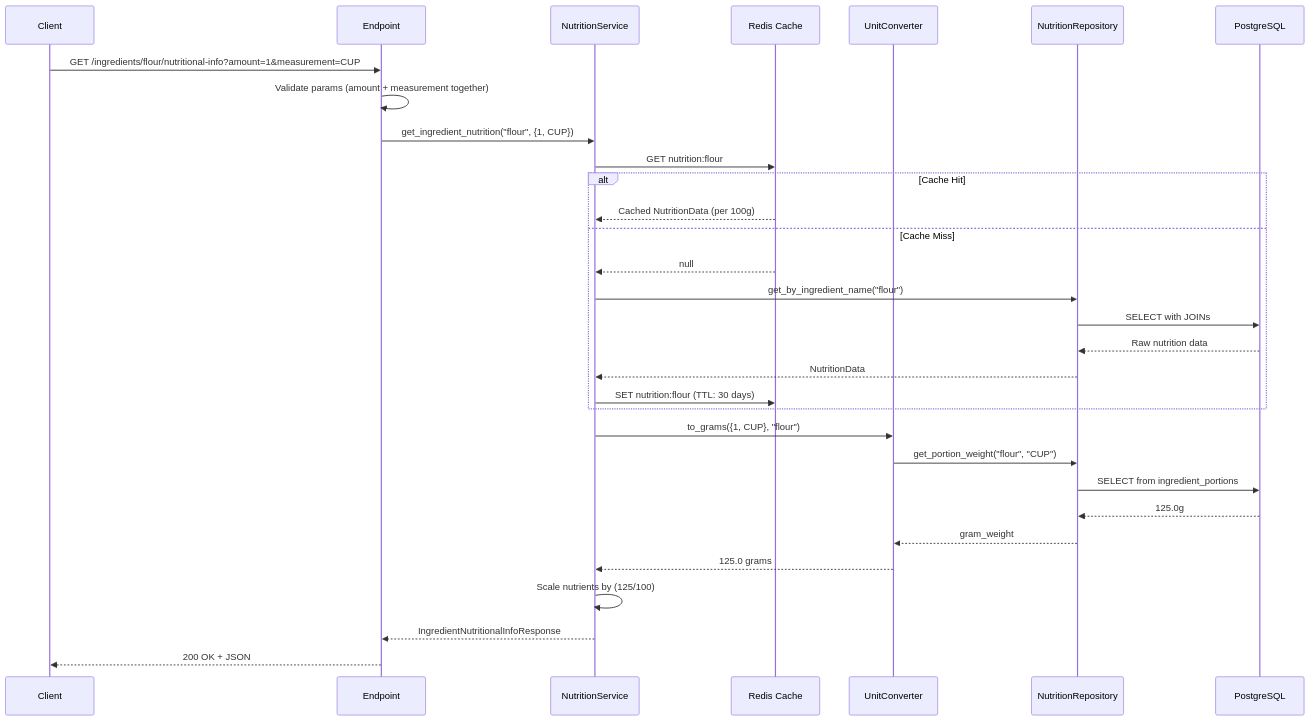
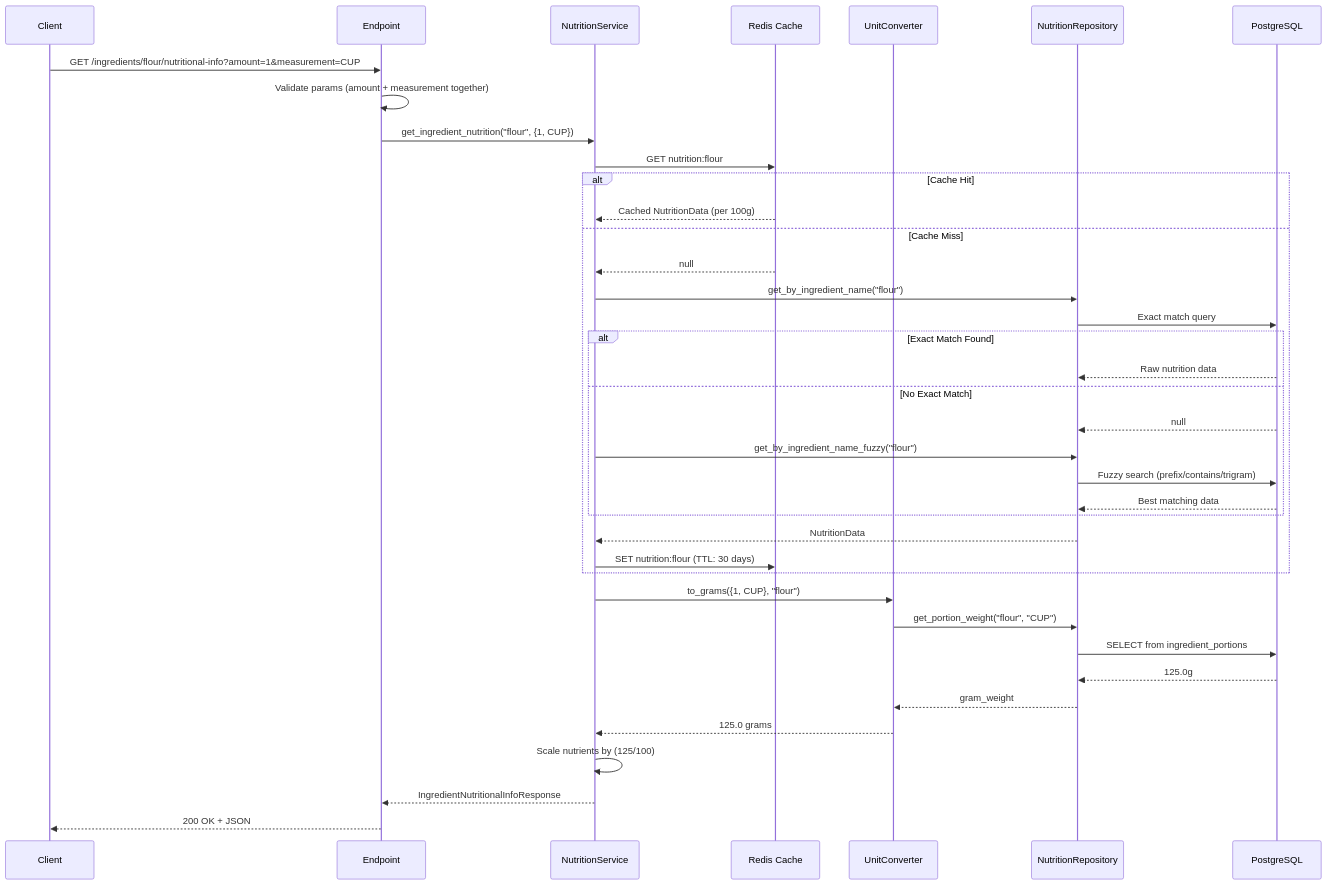
Before and after one commit to Recipe-Web-App/recipe-scraper-service: the second of 7 diagrams in docs/nutritional-info.md, drawn with Mermaid. The commit also changed other lines of this file, not shown here.

First line of the commit message:
docs(nutri-info): add ingredient name matching section

````diff
--- a/docs/nutritional-info.md
+++ b/docs/nutritional-info.md
@@ -148,37 +149,44 @@
 ```mermaid
 sequenceDiagram
     participant C as Client
     participant EP as Endpoint
     participant NS as NutritionService
     participant RC as Redis Cache
     participant UC as UnitConverter
     participant NR as NutritionRepository
     participant DB as PostgreSQL
 
     C->>EP: GET /ingredients/flour/nutritional-info?amount=1&measurement=CUP
     EP->>EP: Validate params (amount + measurement together)
     EP->>NS: get_ingredient_nutrition("flour", {1, CUP})
 
     NS->>RC: GET nutrition:flour
     alt Cache Hit
         RC-->>NS: Cached NutritionData (per 100g)
     else Cache Miss
         RC-->>NS: null
         NS->>NR: get_by_ingredient_name("flour")
-        NR->>DB: SELECT with JOINs
-        DB-->>NR: Raw nutrition data
+        NR->>DB: Exact match query
+        alt Exact Match Found
+            DB-->>NR: Raw nutrition data
+        else No Exact Match
+            DB-->>NR: null
+            NS->>NR: get_by_ingredient_name_fuzzy("flour")
+            NR->>DB: Fuzzy search (prefix/contains/trigram)
+            DB-->>NR: Best matching data
+        end
         NR-->>NS: NutritionData
         NS->>RC: SET nutrition:flour (TTL: 30 days)
     end
 
     NS->>UC: to_grams({1, CUP}, "flour")
     UC->>NR: get_portion_weight("flour", "CUP")
     NR->>DB: SELECT from ingredient_portions
     DB-->>NR: 125.0g
     NR-->>UC: gram_weight
     UC-->>NS: 125.0 grams
 
     NS->>NS: Scale nutrients by (125/100)
     NS-->>EP: IngredientNutritionalInfoResponse
     EP-->>C: 200 OK + JSON
 ```
````
